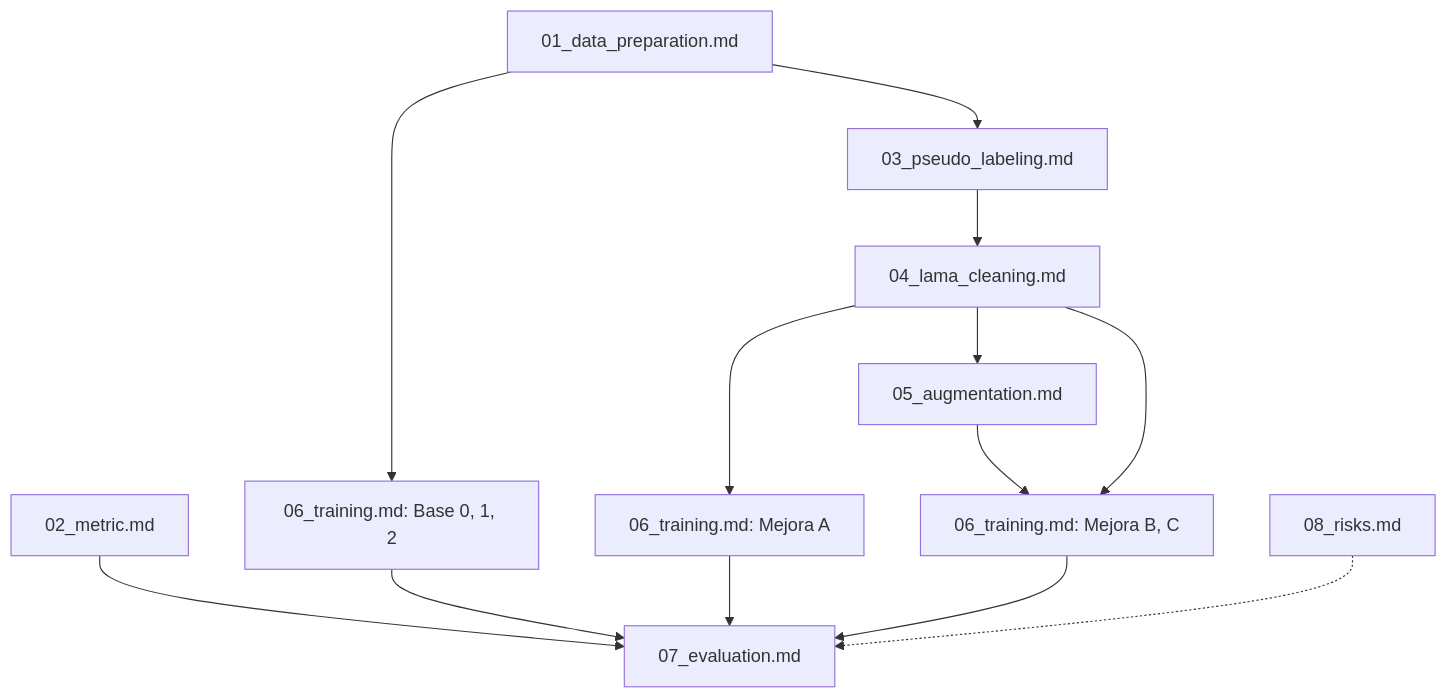
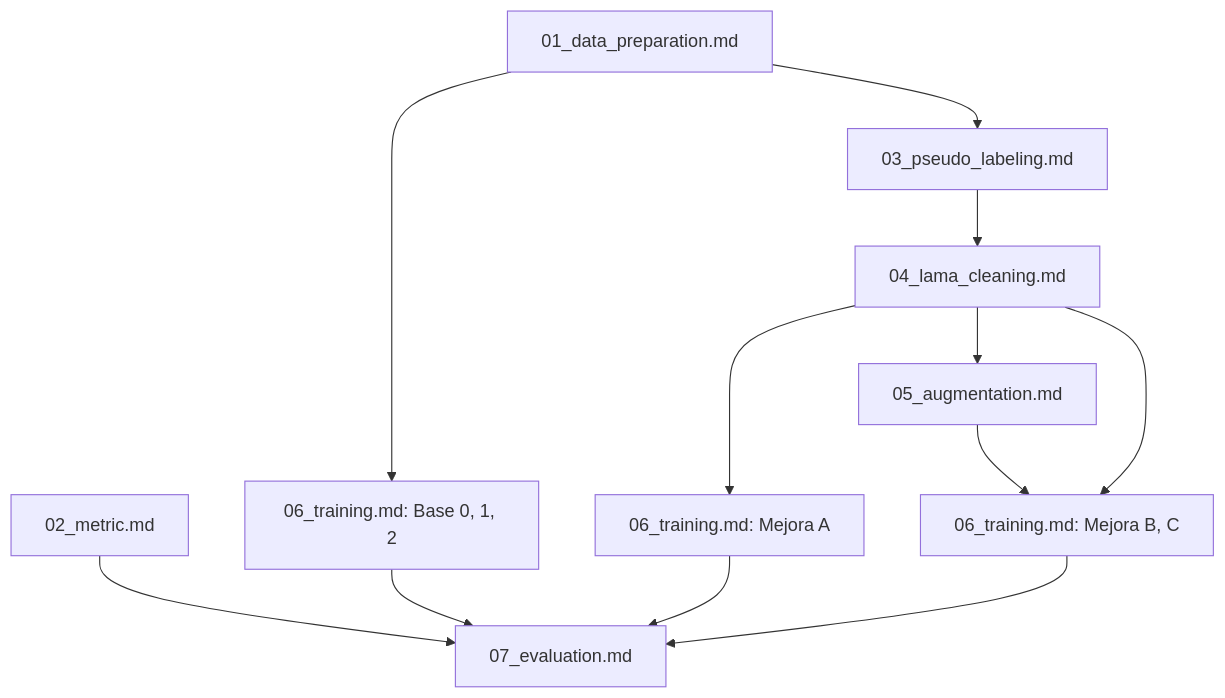
One commit to unsa-semester-2026-A/ia_article changed the first of 2 diagrams in .alvaro/01_procedimiento/plan/00_overview.md. Above: the diagram before and after it, drawn with Mermaid. The commit also changed other lines of this file and 6 other files, not shown here.

````diff
--- a/.alvaro/01_procedimiento/plan/00_overview.md
+++ b/.alvaro/01_procedimiento/plan/00_overview.md
@@ -26,19 +26,17 @@
 ```mermaid
 graph TD
     A[01_data_preparation.md] --> B[03_pseudo_labeling.md]
     A --> F1[06_training.md: Base 0, 1, 2]
     C[02_metric.md] --> H[07_evaluation.md]
     
     B --> D[04_lama_cleaning.md]
     D --> E[05_augmentation.md]
     D --> F2[06_training.md: Mejora A]
     
     E --> F3[06_training.md: Mejora B, C]
     D --> F3
     
     F1 --> H
     F2 --> H
     F3 --> H
-    
-    G[08_risks.md] -.-> H
 ```
````
